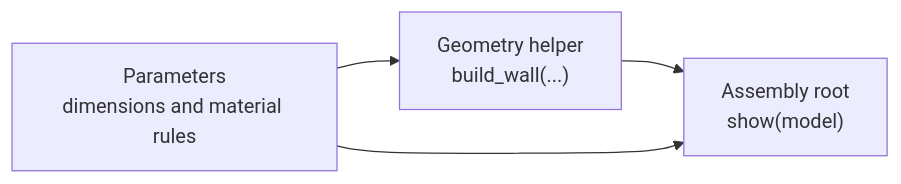
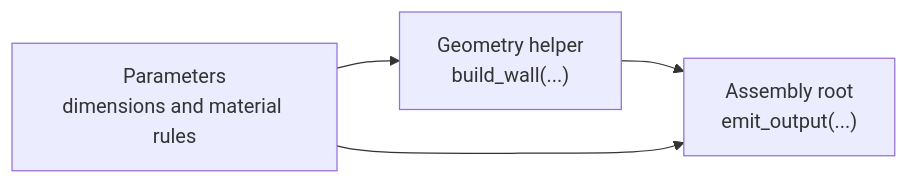
The diagram in apps/web/content/docs/concepts/model-modularization.mdx (ducflair/duc), drawn with Mermaid before and after one commit. The commit also changed other lines of this file and 77 other files, not shown here.

First line of the commit message:
feat: Add external-file locators and typed model output artifacts

````diff
--- a/apps/web/content/docs/concepts/model-modularization.mdx
+++ b/apps/web/content/docs/concepts/model-modularization.mdx
@@ -14,6 +14,6 @@
 ```mermaid
 flowchart LR
     P["Parameters<br/>dimensions and material rules"] --> G["Geometry helper<br/>build_wall(...)"]
-    G --> A["Assembly root<br/>show(model)"]
+    G --> A["Assembly root<br/>emit_output(...)"]
     P --> A
 ```
````
